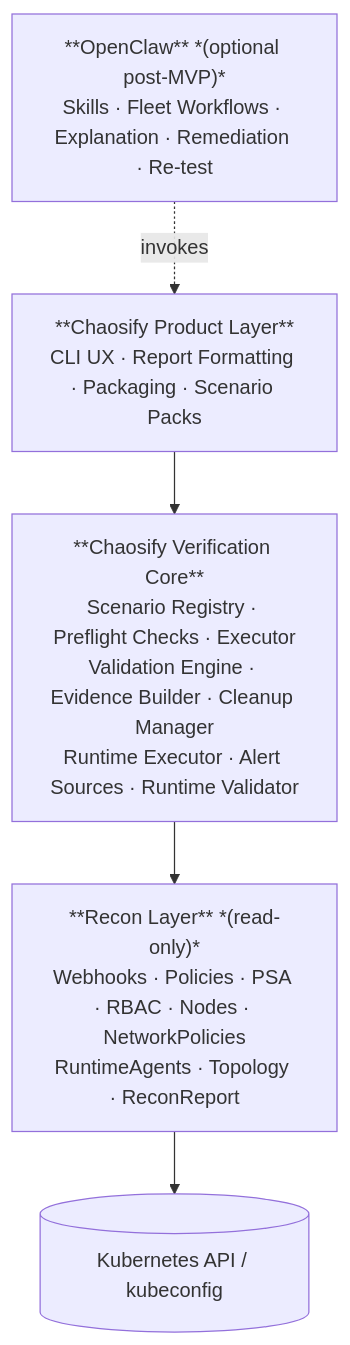
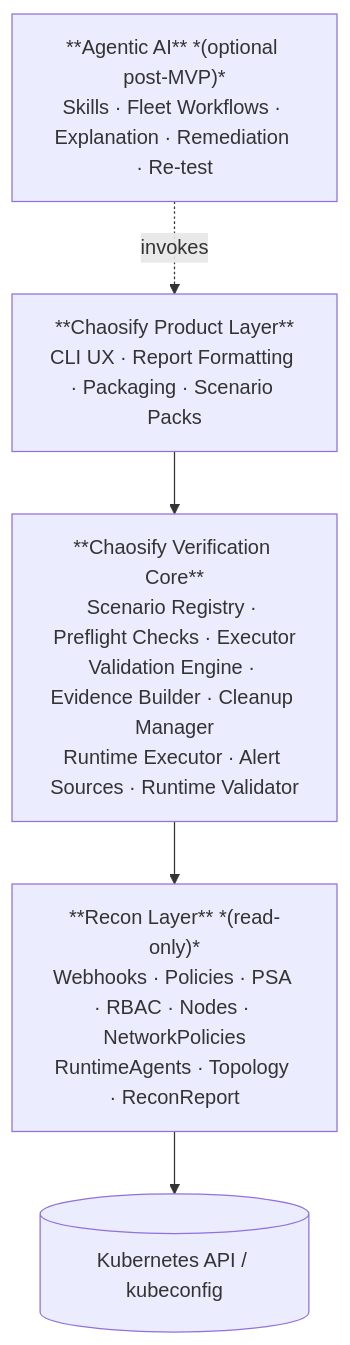
Before and after one commit to aahan-pat/chaosify: the diagram in docs/architecture.md, drawn with Mermaid. The commit also changed other lines of this file and 8 other files, not shown here.

First line of the commit message:
Generalize all OpenCLAW references to agentic AI

````diff
--- a/docs/architecture.md
+++ b/docs/architecture.md
@@ -104,13 +104,13 @@
 ```mermaid
 flowchart TD
-    OC["**OpenClaw** *(optional post-MVP)*\nSkills · Fleet Workflows · Explanation · Remediation · Re-test"]
+    OC["**Agentic AI** *(optional post-MVP)*\nSkills · Fleet Workflows · Explanation · Remediation · Re-test"]
     A["**Chaosify Product Layer**\nCLI UX · Report Formatting · Packaging · Scenario Packs"]
     B["**Chaosify Verification Core**\nScenario Registry · Preflight Checks · Executor\nValidation Engine · Evidence Builder · Cleanup Manager\nRuntime Executor · Alert Sources · Runtime Validator"]
     C["**Recon Layer** *(read-only)*\nWebhooks · Policies · PSA · RBAC · Nodes · NetworkPolicies\nRuntimeAgents · Topology · ReconReport"]
     D[("Kubernetes API / kubeconfig")]
 
     OC -.->|"invokes"| A
     A --> B
     B --> C
     C --> D
 ```
````
